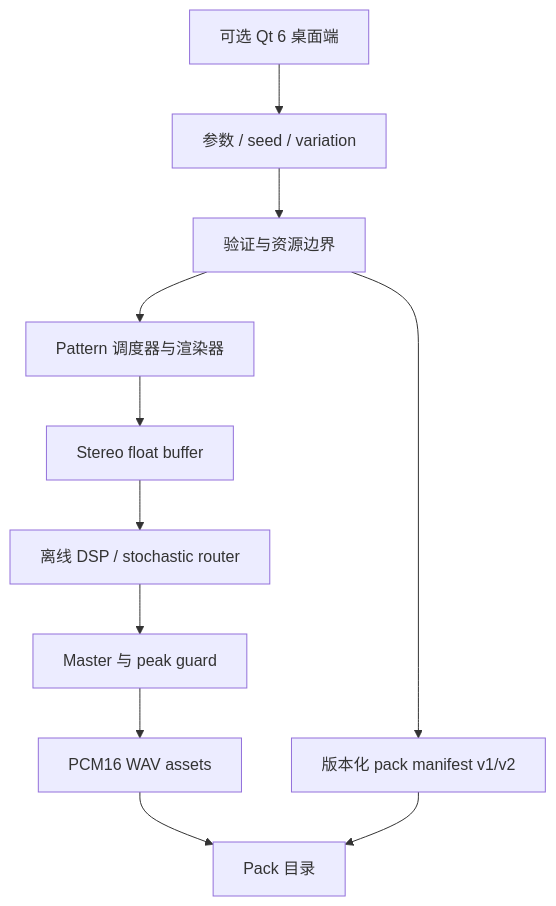
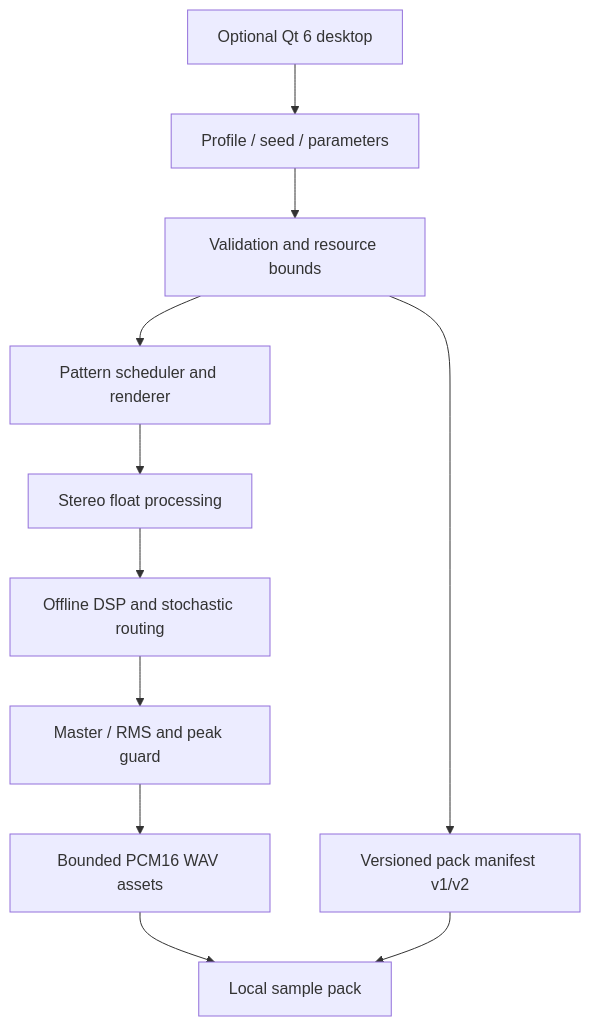
Before and after one commit to Ivan-VHS/VentuSample: the diagram in README.zh-CN.md, drawn with Mermaid. The commit also changed other lines of this file, not shown here.

```diff
--- a/README.zh-CN.md
+++ b/README.zh-CN.md
@@ -38,13 +17,13 @@
 ~~~mermaid
 flowchart TB
-  U["参数 / seed / variation"] --> V["验证与资源边界"]
-  V --> G["Pattern 调度器与渲染器"]
-  G --> F["Stereo float buffer"]
-  F --> D["离线 DSP / stochastic router"]
-  D --> M["Master 与 peak guard"]
-  M --> W["PCM16 WAV assets"]
-  V --> J["版本化 pack manifest v1/v2"]
-  W --> P["Pack 目录"]
+  U["Profile / seed / parameters"] --> V["Validation and resource bounds"]
+  V --> G["Pattern scheduler and renderer"]
+  G --> F["Stereo float processing"]
+  F --> D["Offline DSP and stochastic routing"]
+  D --> M["Master / RMS and peak guard"]
+  M --> W["Bounded PCM16 WAV assets"]
+  V --> J["Versioned pack manifest v1/v2"]
+  W --> P["Local sample pack"]
   J --> P
-  Q["可选 Qt 6 桌面端"] --> U
+  Q["Optional Qt 6 desktop"] --> U
 ~~~
```
